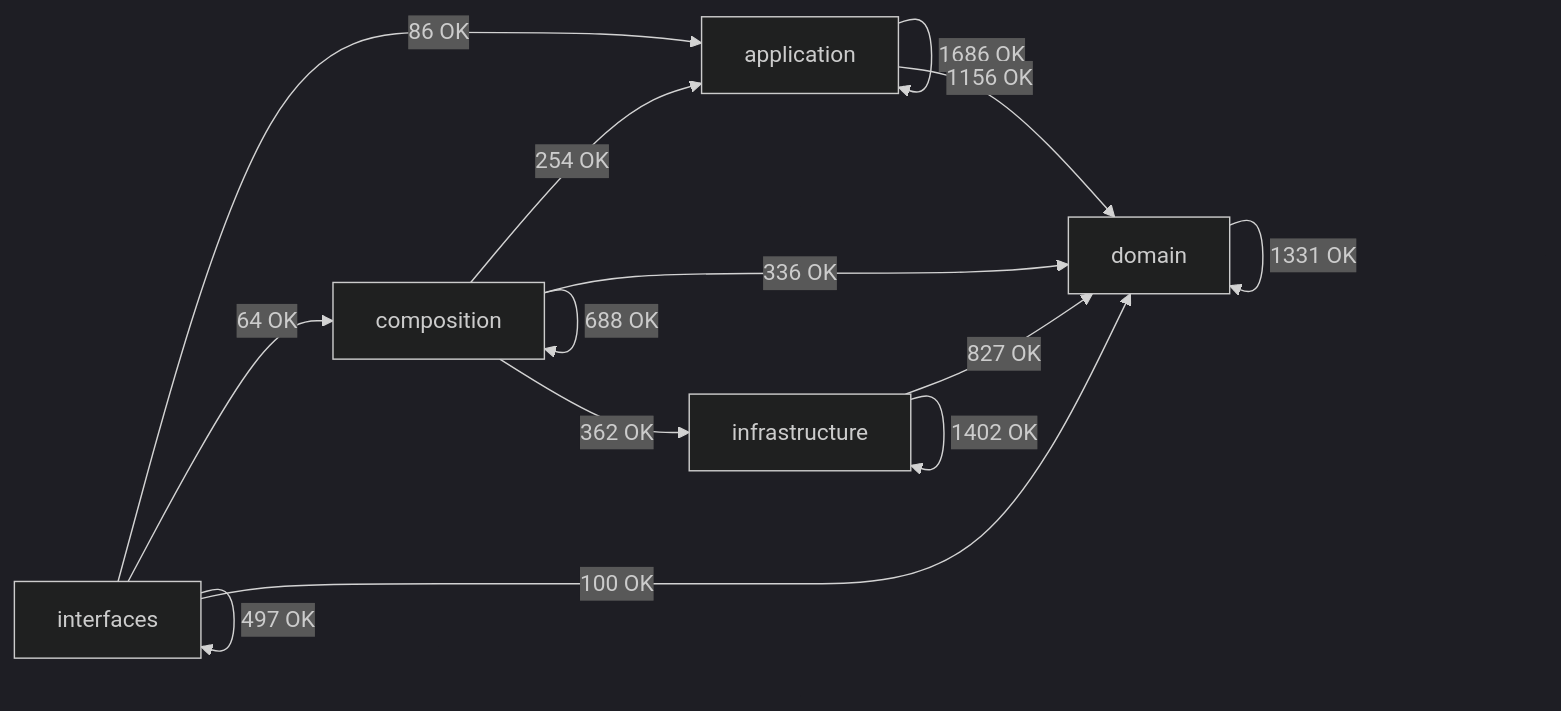
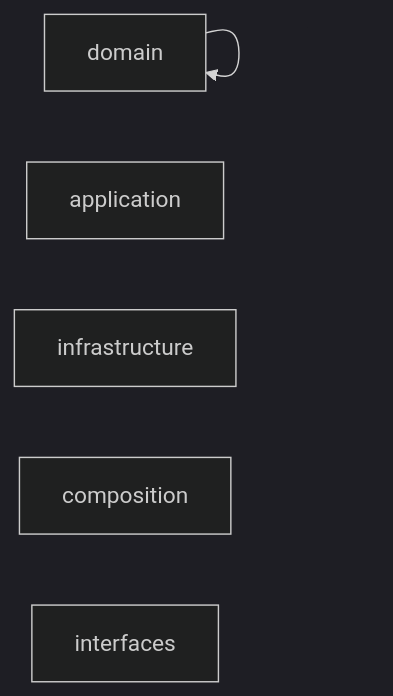
The diagram in docs/02-architecture/generated/module-dependency-map.md (SatoryKono/BioactivityDataAcquisition), drawn with Mermaid (dark theme) before and after one commit. The commit also changed other lines of this file and 1 other file, not shown here.

````diff
--- a/docs/02-architecture/generated/module-dependency-map.md
+++ b/docs/02-architecture/generated/module-dependency-map.md
@@ -17,21 +17,9 @@
 ```mermaid
 flowchart LR
     domain[domain]
     application[application]
     infrastructure[infrastructure]
     composition[composition]
     interfaces[interfaces]
-    application -->|1686 OK| application
-    application -->|1156 OK| domain
-    composition -->|254 OK| application
-    composition -->|688 OK| composition
-    composition -->|336 OK| domain
-    composition -->|362 OK| infrastructure
-    domain -->|1331 OK| domain
-    infrastructure -->|827 OK| domain
-    infrastructure -->|1402 OK| infrastructure
-    interfaces -->|86 OK| application
-    interfaces -->|64 OK| composition
-    interfaces -->|100 OK| domain
-    interfaces -->|497 OK| interfaces
+    domain --> domain
 ```
````
